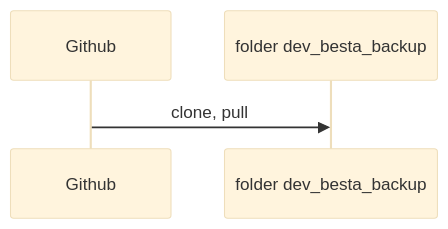
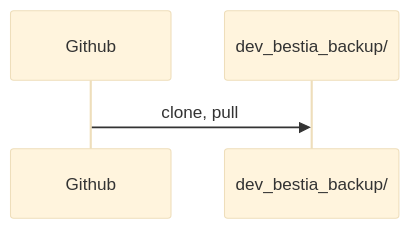
Before and after one commit to CRUSTDE-ContainerizedRustDevEnv/windows_reinstall: the second of 3 diagrams in README.md, drawn with Mermaid (base theme). The commit also changed other lines of this file, not shown here.

````diff
--- a/README.md
+++ b/README.md
@@ -31,6 +31,6 @@
 ```mermaid
 sequenceDiagram
     participant Github
-    participant folder dev_besta_backup    
-    Github->>folder dev_besta_backup: clone, pull
+    participant dev_bestia_backup/
+    Github->> dev_bestia_backup/: clone, pull
 ```
````
